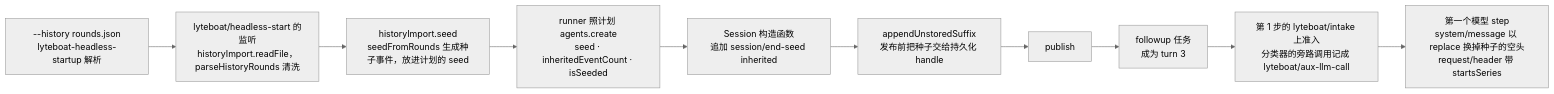
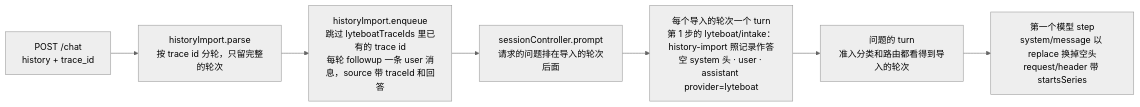
Before and after one commit to lyteboat/lyteboat: diagram 11 of 11 in docs/01-architecture.md, drawn with Mermaid (neutral theme). The commit also changed other lines of this file and 4 other files, not shown here.

First line of the commit message:
docs: @lyteboat/headless — the docs run business agents through serve and /chat

````diff
--- a/docs/01-architecture.md
+++ b/docs/01-architecture.md
@@ -1205,12 +1183,9 @@
 ```mermaid
 flowchart LR
-  arg["--history rounds.json<br/>lyteboat-headless-startup 解析"] --> rf["lyteboat/headless-start 的监听<br/>historyImport.readFile，parseHistoryRounds 清洗"]
-  rf --> sd["historyImport.seed<br/>seedFromRounds 生成种子事件，放进计划的 seed"]
-  sd --> cr["runner 照计划 agents.create<br/>seed · inheritedEventCount · isSeeded"]
-  cr --> es["Session 构造函数<br/>追加 session/end-seed inherited"]
-  es --> st["appendUnstoredSuffix<br/>发布前把种子交给持久化 handle"]
-  st --> pub["publish"]
-  pub --> task["followup 任务<br/>成为 turn 3"]
-  task --> adm["第 1 步的 lyteboat/intake 上准入<br/>分类器的旁路调用记成 lyteboat/aux-llm-call"]
-  adm --> rep["第一个模型 step<br/>system/message 以 replace 换掉种子的空头<br/>request/header 带 startsSeries"]
+  req["POST /chat<br/>history + trace_id"] --> parse["historyImport.parse<br/>按 trace id 分轮，只留完整的轮次"]
+  parse --> enq["historyImport.enqueue<br/>跳过 lyteboatTraceIds 里已有的 trace id<br/>每轮 followup 一条 user 消息，source 带 traceId 和回答"]
+  enq --> ask["sessionController.prompt<br/>请求的问题排在导入的轮次后面"]
+  ask --> imp["每个导入的轮次一个 turn<br/>第 1 步的 lyteboat/intake：history-import 照记录作答<br/>空 system 头 · user · assistant provider=lyteboat"]
+  imp --> adm["问题的 turn<br/>准入分类和路由都看得到导入的轮次"]
+  adm --> rep["第一个模型 step<br/>system/message 以 replace 换掉空头<br/>request/header 带 startsSeries"]
 ```
````
